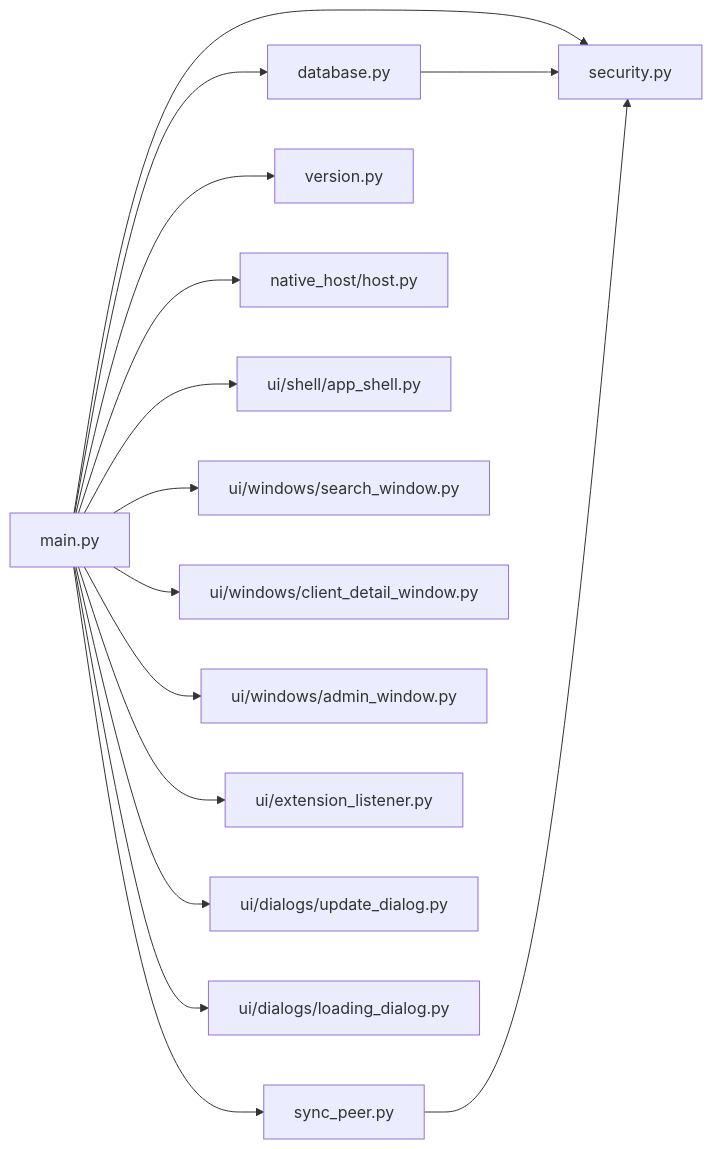
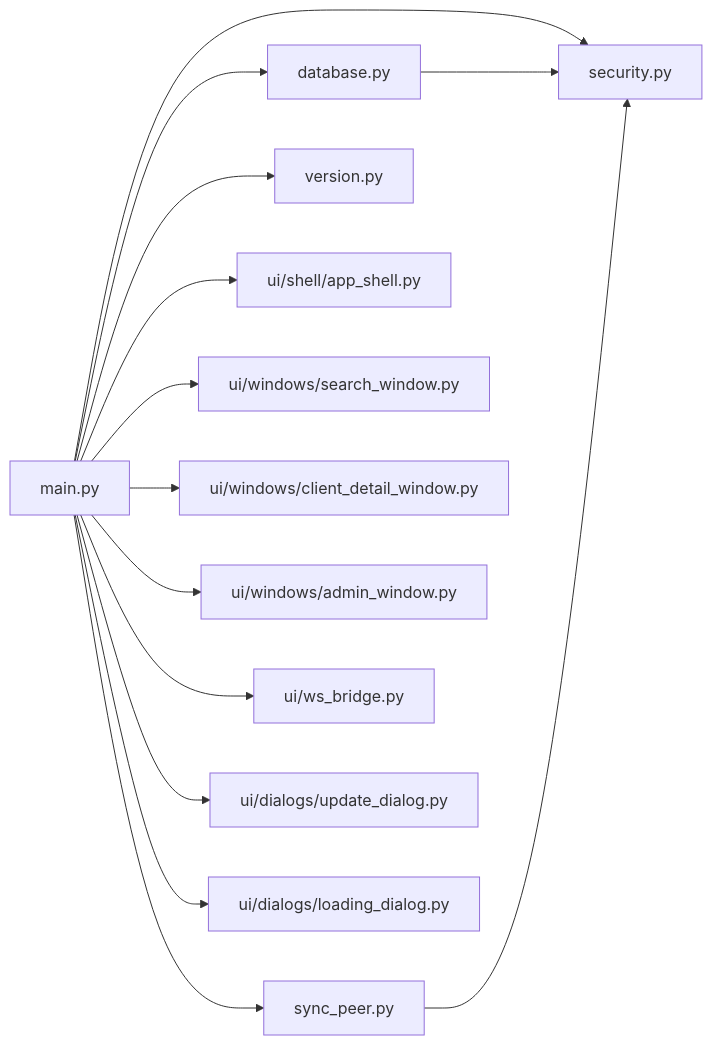
The second of 5 diagrams in docs/codebase-architecture-nodes.md (NexCardel/Project_Sera), drawn with Mermaid before and after one commit. The commit also changed other lines of this file and 106 other files, not shown here.

Commit message:
feat: migrate to WebSocket bridge, replace native_host, and upgrade SGT capture engine

````diff
--- a/docs/codebase-architecture-nodes.md
+++ b/docs/codebase-architecture-nodes.md
@@ -124,18 +122,17 @@
 ```mermaid
 graph LR
     main["main.py"] --> security["security.py"]
     main["main.py"] --> database["database.py"]
     main["main.py"] --> sync_peer["sync_peer.py"]
     main["main.py"] --> version["version.py"]
-    main["main.py"] --> native_host["native_host/host.py"]
     main["main.py"] --> app_shell["ui/shell/app_shell.py"]
     main["main.py"] --> search_window["ui/windows/search_window.py"]
     main["main.py"] --> client_detail_window["ui/windows/client_detail_window.py"]
     main["main.py"] --> admin_window["ui/windows/admin_window.py"]
-    main["main.py"] --> extension_listener["ui/extension_listener.py"]
+    main["main.py"] --> ws_bridge["ui/ws_bridge.py"]
     main["main.py"] --> update_dialog["ui/dialogs/update_dialog.py"]
     main["main.py"] --> loading_dialog["ui/dialogs/loading_dialog.py"]
 
     database["database.py"] --> security["security.py"]
     sync_peer["sync_peer.py"] --> security["security.py"]
 ```
````
